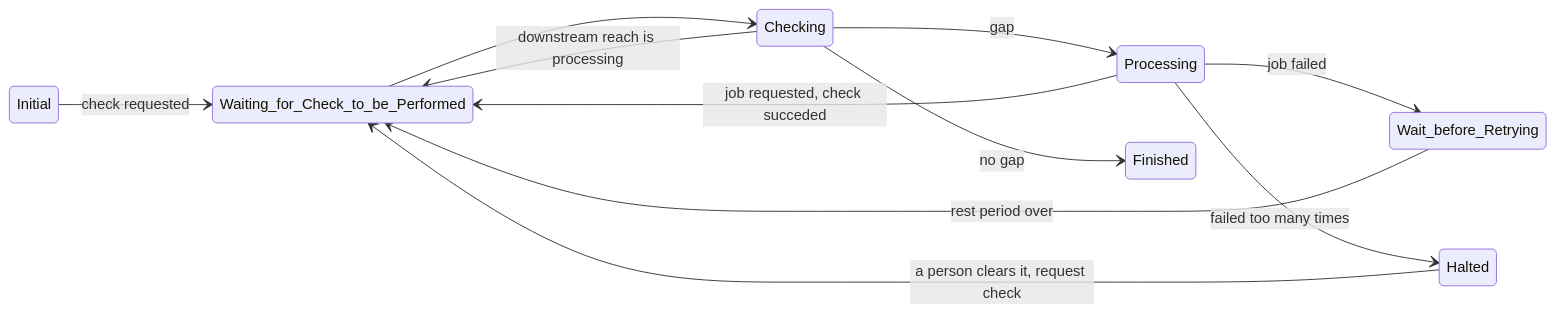
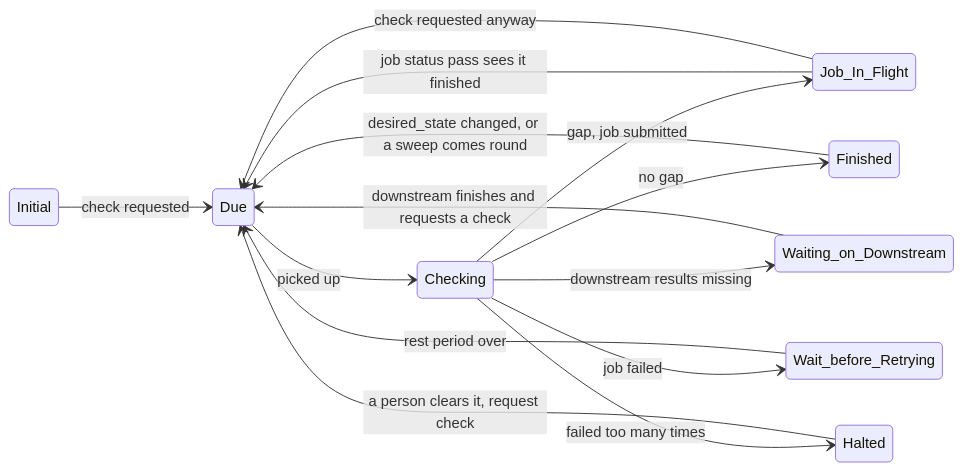
The third of 3 diagrams in system-design/reconciliation-loop.md (NGWPC/twod-fim-knowledge-base), drawn with Mermaid before and after one commit. The commit also changed other lines of this file, not shown here.

Commit message:
Clarify job processing steps

````diff
--- a/system-design/reconciliation-loop.md
+++ b/system-design/reconciliation-loop.md
@@ -88,14 +125,17 @@
 ```mermaid
 stateDiagram-v2
     direction LR
-    Initial --> Waiting_for_Check_to_be_Performed : check requested
-    Waiting_for_Check_to_be_Performed --> Checking
-    Checking --> Processing : gap
+    Initial --> Due : check requested
+    Due --> Checking : picked up
+    Checking --> Job_In_Flight : gap, job submitted
     Checking --> Finished : no gap
-    Checking --> Waiting_for_Check_to_be_Performed : downstream reach is processing
-    Processing --> Wait_before_Retrying : job failed
-    Processing --> Waiting_for_Check_to_be_Performed : job requested, check succeded
-    Wait_before_Retrying --> Waiting_for_Check_to_be_Performed : rest period over
-    Processing --> Halted : failed too many times
-    Halted --> Waiting_for_Check_to_be_Performed : a person clears it, request check
+    Checking --> Waiting_on_Downstream : downstream results missing
+    Checking --> Wait_before_Retrying : job failed
+    Checking --> Halted : failed too many times
+    Job_In_Flight --> Due : job status pass sees it finished
+    Job_In_Flight --> Due : check requested anyway
+    Waiting_on_Downstream --> Due : downstream finishes and requests a check
+    Wait_before_Retrying --> Due : rest period over
+    Halted --> Due : a person clears it, request check
+    Finished --> Due : desired_state changed, or a sweep comes round
 ```
````
